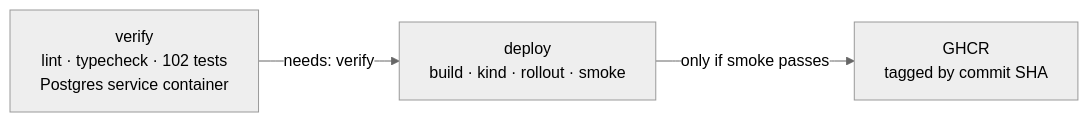
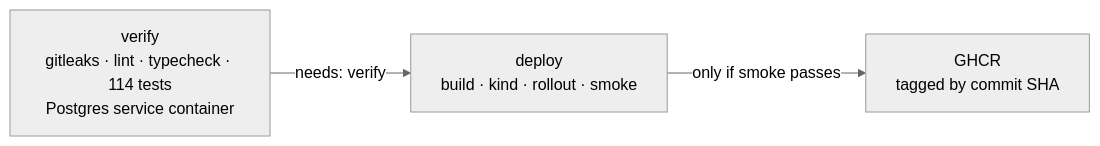
The second of 2 diagrams in README.md (andrei2002f/HealthOS), drawn with Mermaid (neutral theme) before and after one commit. The commit also changed other lines of this file and 5 other files, not shown here.

````diff
--- a/README.md
+++ b/README.md
@@ -135,9 +167,9 @@
 ```mermaid
 flowchart LR
-    V["verify<br/>lint · typecheck · 102 tests<br/>Postgres service container"]
+    V["verify<br/>gitleaks · lint · typecheck · 114 tests<br/>Postgres service container"]
     D["deploy<br/>build · kind · rollout · smoke"]
     G["GHCR<br/>tagged by commit SHA"]
 
     V -->|"needs: verify"| D
     D -->|"only if smoke passes"| G
 ```
````
